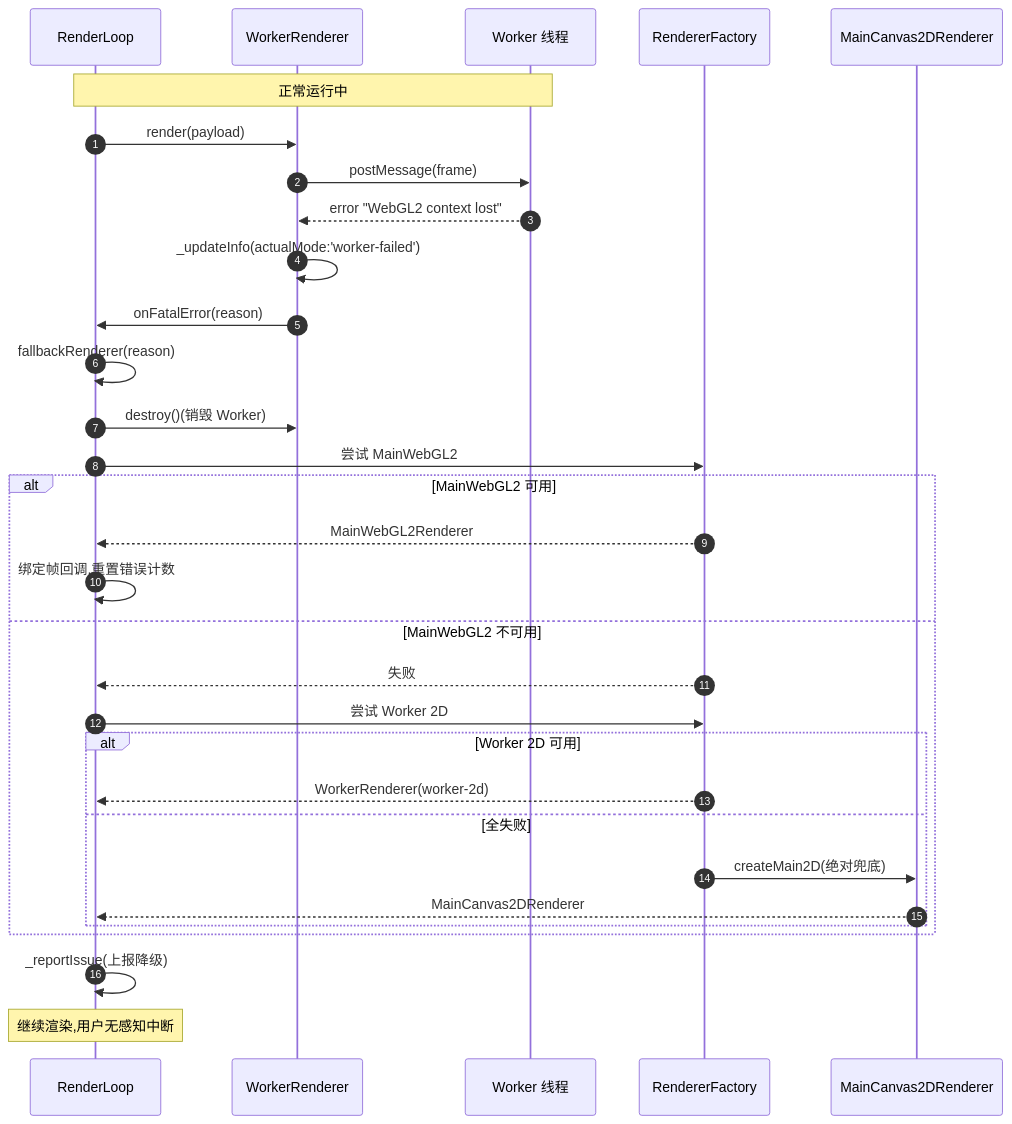
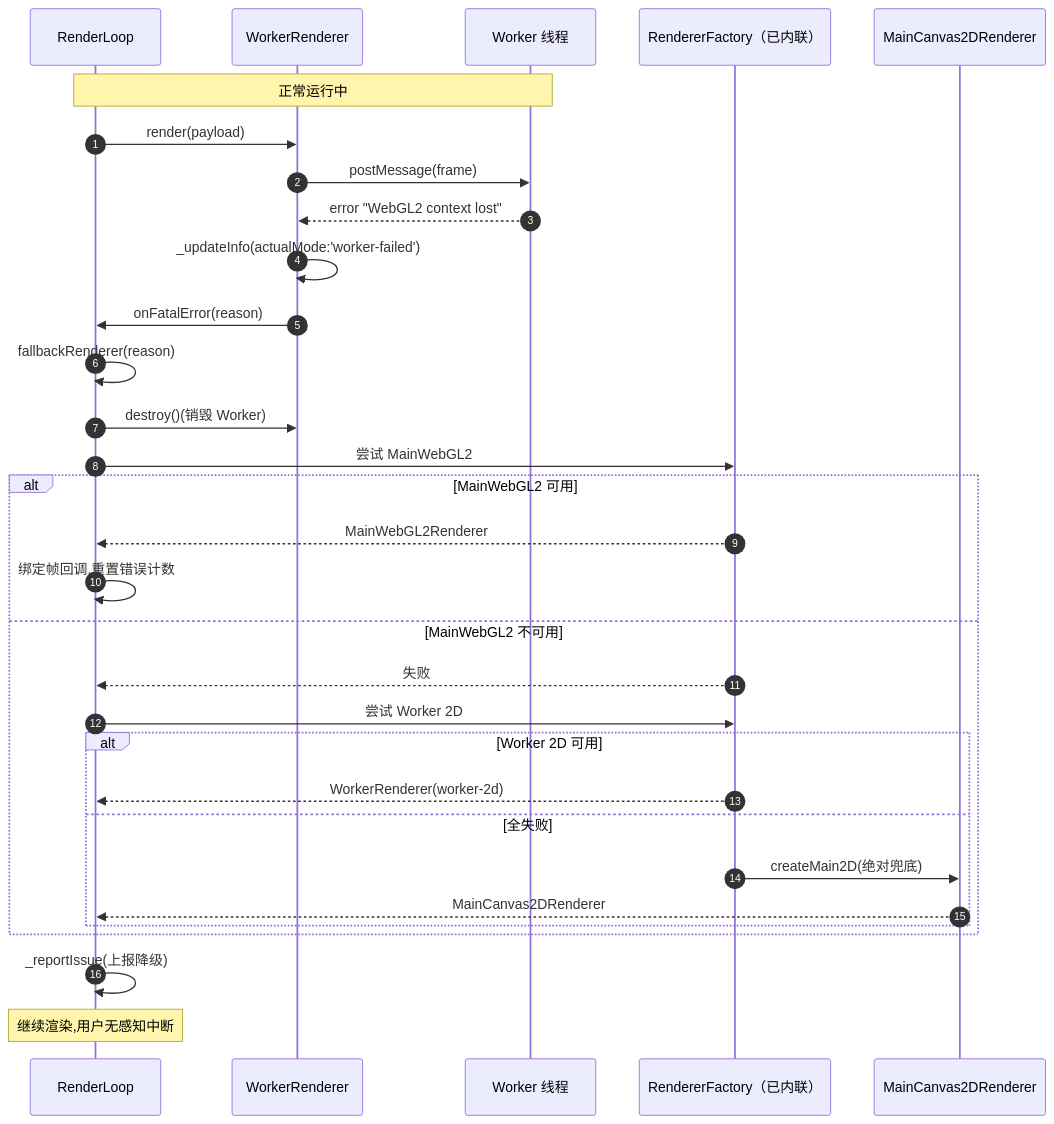
One commit to lei40251/JsSIP changed diagram 17 of 19 in docs/MediaEffectsComposer-学习手册.md. Above: the diagram before and after it, drawn with Mermaid. The commit also changed other lines of this file and 72 other files, not shown here.

````diff
--- a/docs/MediaEffectsComposer-学习手册.md
+++ b/docs/MediaEffectsComposer-学习手册.md
@@ -848,36 +834,36 @@
 ```mermaid
 sequenceDiagram
     autonumber
     participant RL as RenderLoop
     participant WR as WorkerRenderer
     participant W as Worker 线程
-    participant RF as RendererFactory
+    participant RF as RendererFactory（已内联）
     participant M2D as MainCanvas2DRenderer
 
     Note over RL,W: 正常运行中
     RL->>WR: render(payload)
     WR->>W: postMessage(frame)
     W-->>WR: error "WebGL2 context lost"
     WR->>WR: _updateInfo(actualMode:'worker-failed')
     WR->>RL: onFatalError(reason)
     RL->>RL: fallbackRenderer(reason)
 
     RL->>WR: destroy()(销毁 Worker)
     RL->>RF: 尝试 MainWebGL2
     alt MainWebGL2 可用
         RF-->>RL: MainWebGL2Renderer
         RL->>RL: 绑定帧回调,重置错误计数
     else MainWebGL2 不可用
         RF-->>RL: 失败
         RL->>RF: 尝试 Worker 2D
         alt Worker 2D 可用
             RF-->>RL: WorkerRenderer(worker-2d)
         else 全失败
             RF->>M2D: createMain2D(绝对兜底)
             M2D-->>RL: MainCanvas2DRenderer
         end
     end
 
     RL->>RL: _reportIssue(上报降级)
     Note over RL: 继续渲染,用户无感知中断
 ```
````
